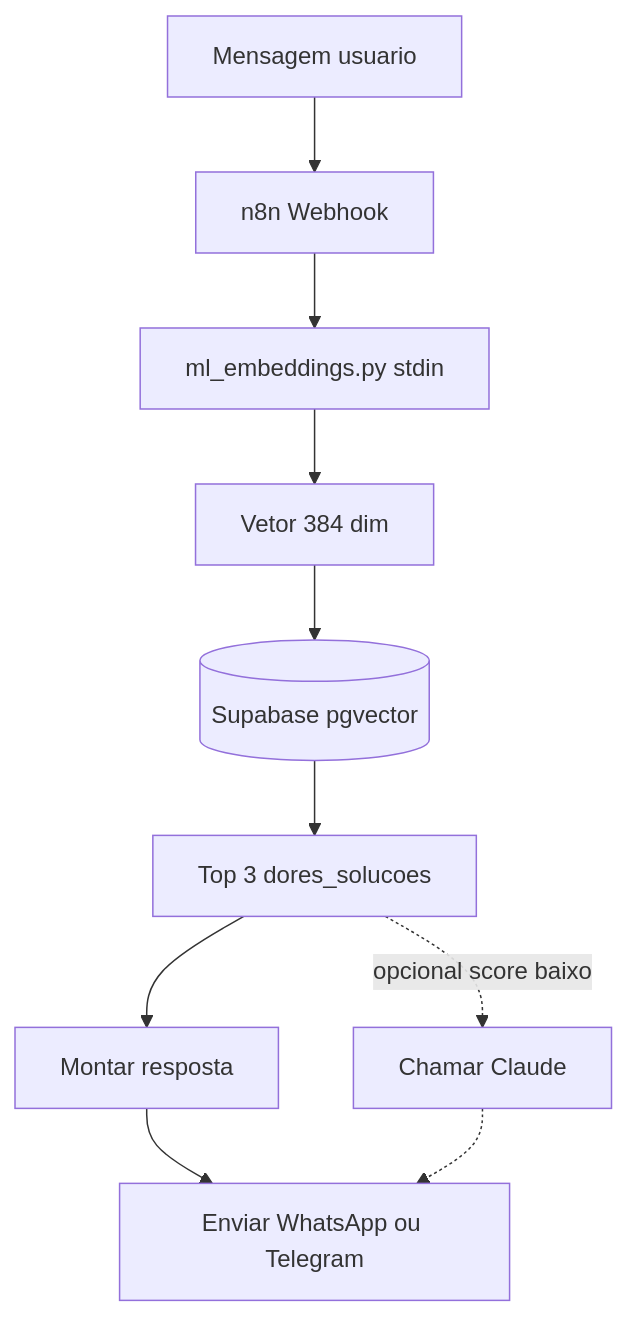
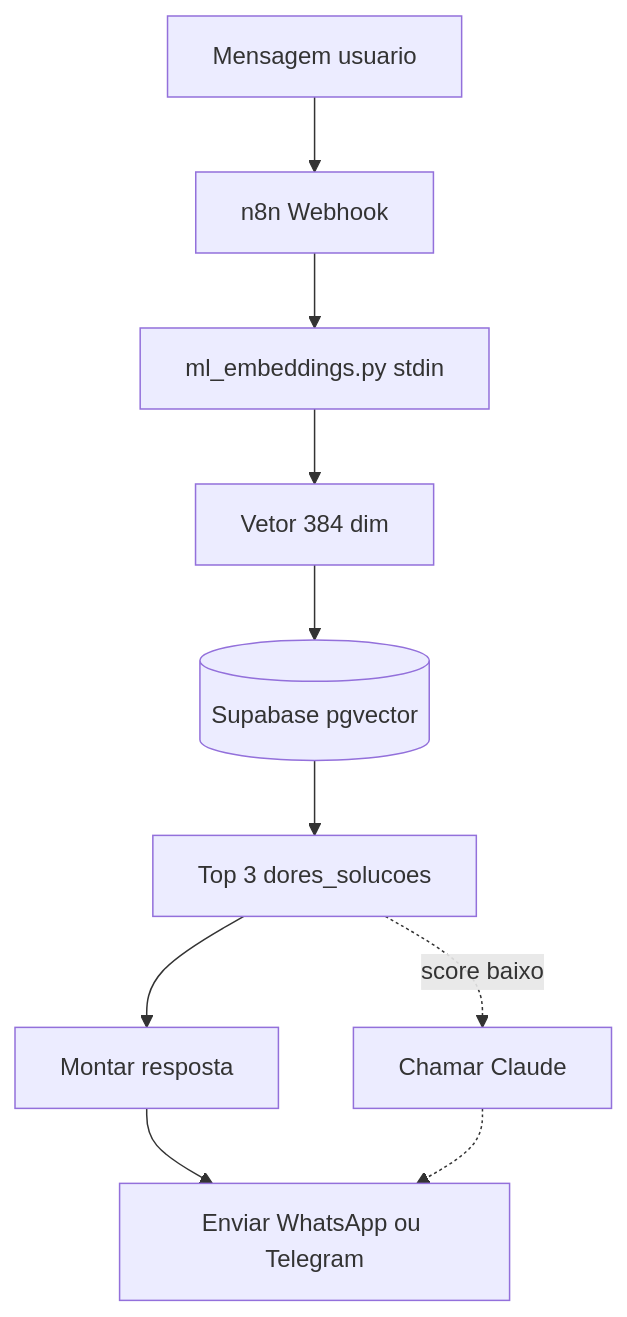
One commit to robsoncaldeira/docs changed the fifth of 7 diagrams in planos/ml_casos_uso_fluxogramas_beneficios.plan.md. Above: the diagram before and after it, drawn with Mermaid. The commit also changed other lines of this file and 1 other file, not shown here.

Commit message:
fix: Mermaid para GitBook - remover aspas em rótulos e barras em nós

````diff
--- a/planos/ml_casos_uso_fluxogramas_beneficios.plan.md
+++ b/planos/ml_casos_uso_fluxogramas_beneficios.plan.md
@@ -219,12 +219,12 @@
 ```mermaid
 flowchart TB
   M[Mensagem usuario] --> N[n8n Webhook]
   N --> E[ml_embeddings.py stdin]
   E --> V[Vetor 384 dim]
   V --> Q[(Supabase pgvector)]
   Q --> R[Top 3 dores_solucoes]
   R --> T[Montar resposta]
   T --> W[Enviar WhatsApp ou Telegram]
-  R -.->|opcional score baixo| C[Chamar Claude]
+  R -.->|score baixo| C[Chamar Claude]
   C -.-> W
 ```
````
